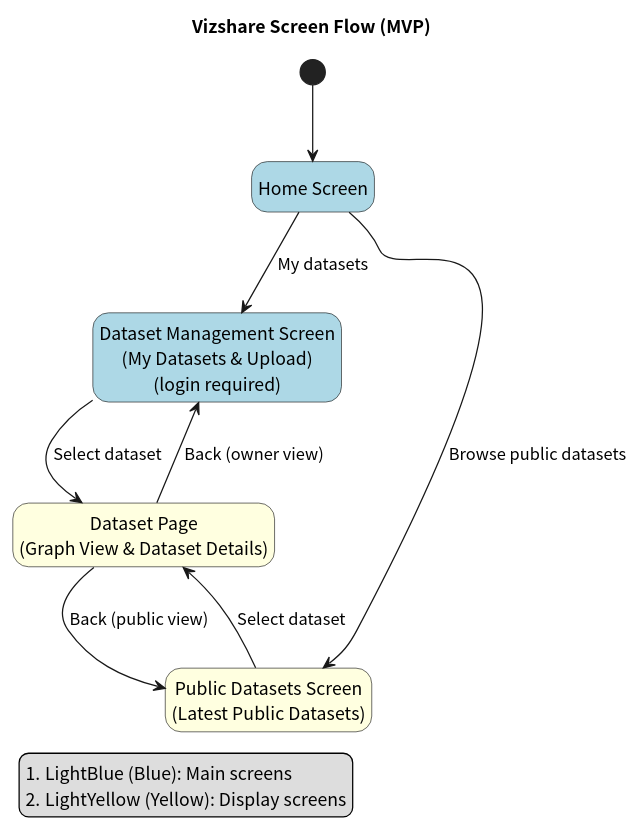
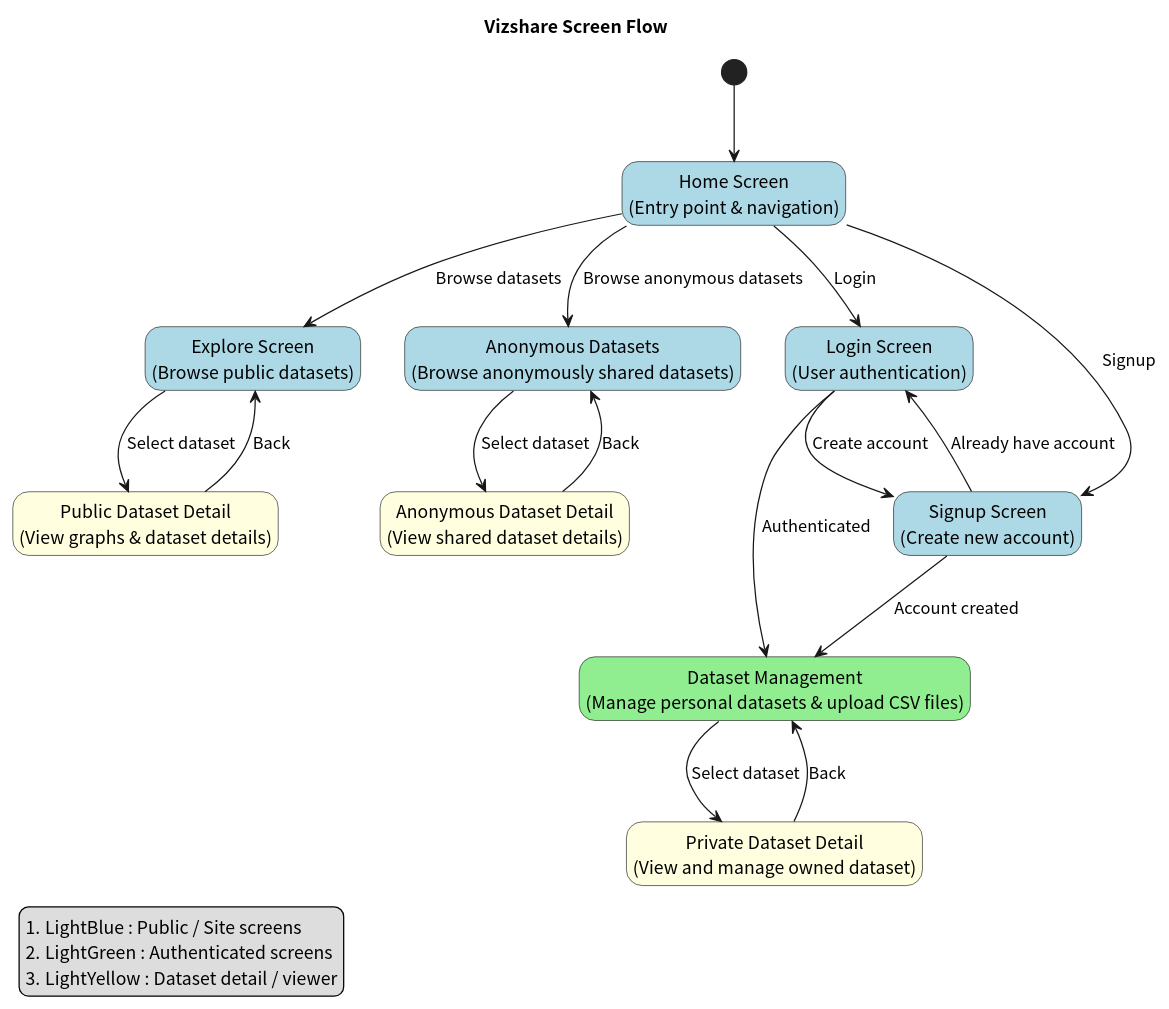
Before and after one commit to tomoki-shiozaki/vizshare: the diagram in docs/screen_flow/screen_flow_diagram.pu, drawn with PlantUML. The commit also changed 1 other file, not shown here.

Commit message:
docs(screen diagram): update screen diagram

```diff
--- a/docs/screen_flow/screen_flow_diagram.pu
+++ b/docs/screen_flow/screen_flow_diagram.pu
@@ -1,28 +1,79 @@
 @startuml screen_flow_vizshare
 skinparam defaultFontName "Noto Sans CJK JP"
 hide empty description
 
-title Vizshare Screen Flow (MVP)
+title Vizshare Screen Flow
 
 legend left
-#LightBlue (Blue): Main screens
-#LightYellow (Yellow): Display screens
+#LightBlue : Public / Site screens
+#LightGreen : Authenticated screens
+#LightYellow : Dataset detail / viewer
 end legend
+
 
 [*] --> home
 
-state "Home Screen" as home #LightBlue
-state "Dataset Management Screen\n(My Datasets & Upload)\n(login required)" as datasetManagement #LightBlue
-state "Public Datasets Screen\n(Latest Public Datasets)" as publicDatasets #LightYellow
-state "Dataset Page\n(Graph View & Dataset Details)" as datasetView #LightYellow
 
-home --> datasetManagement : My datasets
-home --> publicDatasets : Browse public datasets
+' =========================
+' Public Site
+' =========================
 
-datasetManagement --> datasetView : Select dataset
-publicDatasets --> datasetView : Select dataset
+state "Home Screen\n(Entry point & navigation)" as home #LightBlue
 
-datasetView --> datasetManagement : Back (owner view)
-datasetView --> publicDatasets : Back (public view)
+state "Explore Screen\n(Browse public datasets)" as explore #LightBlue
+
+state "Public Dataset Detail\n(View graphs & dataset details)" as publicDatasetView #LightYellow
+
+state "Anonymous Datasets\n(Browse anonymously shared datasets)" as anonymousDatasets #LightBlue
+
+state "Anonymous Dataset Detail\n(View shared dataset details)" as anonymousDatasetView #LightYellow
+
+
+home --> explore : Browse datasets
+home --> anonymousDatasets : Browse anonymous datasets
+
+explore --> publicDatasetView : Select dataset
+
+anonymousDatasets --> anonymousDatasetView : Select dataset
+
+
+' =========================
+' Authentication
+' =========================
+
+state "Login Screen\n(User authentication)" as login #LightBlue
+
+state "Signup Screen\n(Create new account)" as signup #LightBlue
+
+home --> login : Login
+home --> signup : Signup
+
+login --> signup : Create account
+signup --> login : Already have account
+
+
+' =========================
+' Private Area
+' =========================
+
+state "Dataset Management\n(Manage personal datasets & upload CSV files)" as datasetManagement #LightGreen
+
+state "Private Dataset Detail\n(View and manage owned dataset)" as privateDatasetView #LightYellow
+
+login --> datasetManagement : Authenticated
+signup --> datasetManagement : Account created
+
+datasetManagement --> privateDatasetView : Select dataset
+
+
+' =========================
+' Shared / Cross Navigation
+' =========================
+
+publicDatasetView --> explore : Back
+
+anonymousDatasetView --> anonymousDatasets : Back
+
+privateDatasetView --> datasetManagement : Back
 
 @enduml
```
